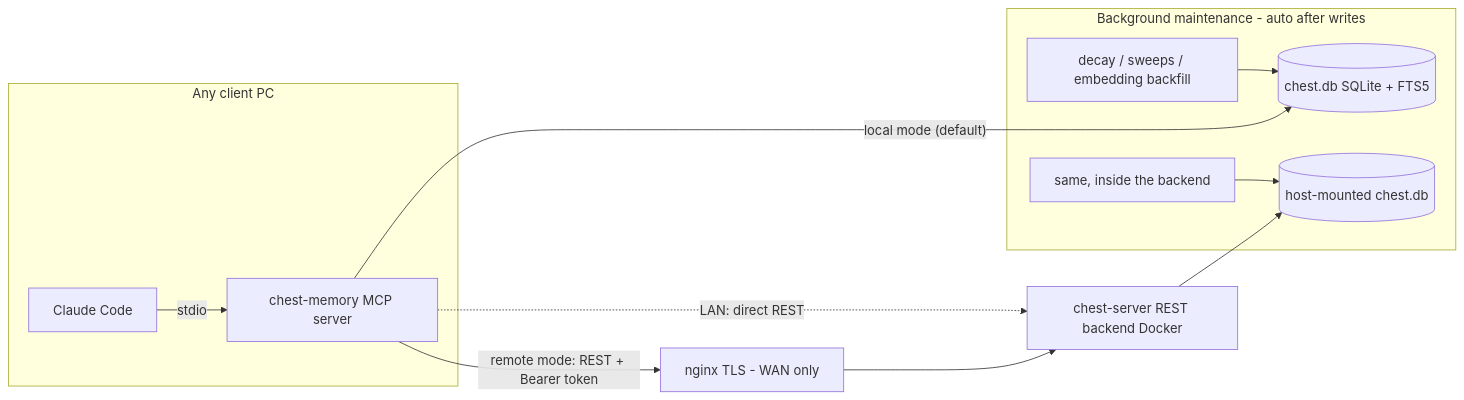
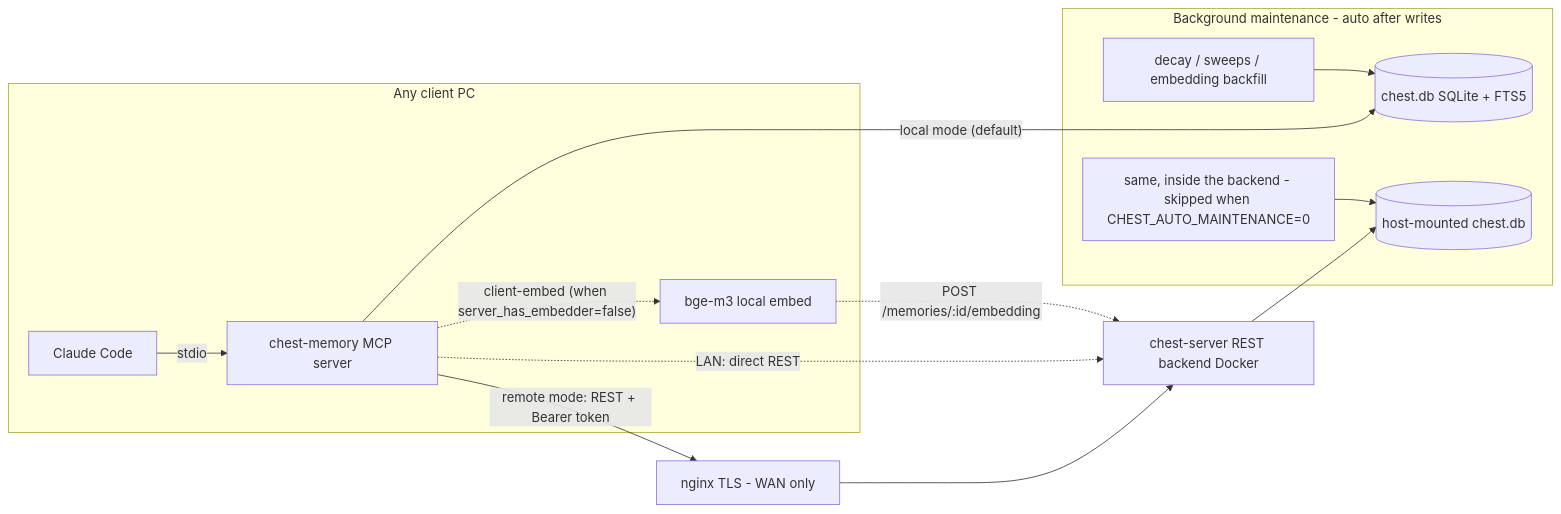
Before and after one commit to siosig/mcp-chest-memory: the diagram in README.md, drawn with Mermaid. The commit also changed other lines of this file and 7 other files, not shown here.

First line of the commit message:
refactor(capabilities): derive server_has_embedder from embed config, not CHEST_MODE

````diff
--- a/README.md
+++ b/README.md
@@ -290,17 +290,19 @@
 ```mermaid
 flowchart LR
     subgraph client [Any client PC]
         CC[Claude Code] -->|stdio| MCP[chest-memory MCP server]
+        MCP -.->|"client-embed (when server_has_embedder=false)"| EMB[bge-m3 local embed]
     end
 
     MCP -->|"local mode (default)"| DB[(chest.db SQLite + FTS5)]
     MCP -->|"remote mode: REST + Bearer token"| NG[nginx TLS - WAN only]
     NG --> API[chest-server REST backend Docker]
     MCP -.->|"LAN: direct REST"| API
+    EMB -.->|"POST /memories/:id/embedding"| API
     API --> DB2[(host-mounted chest.db)]
 
     subgraph maintenance [Background maintenance - auto after writes]
         IDX[decay / sweeps / embedding backfill] --> DB
-        IDX2[same, inside the backend] --> DB2
+        IDX2[same, inside the backend - skipped when CHEST_AUTO_MAINTENANCE=0] --> DB2
     end
 ```
````
